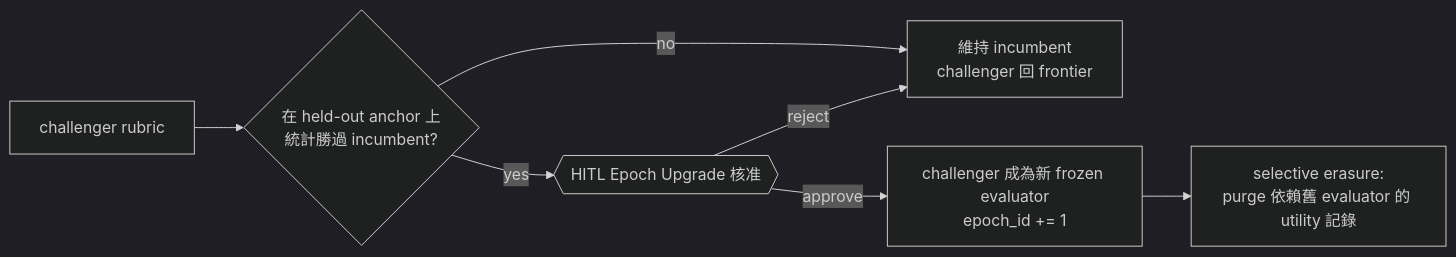
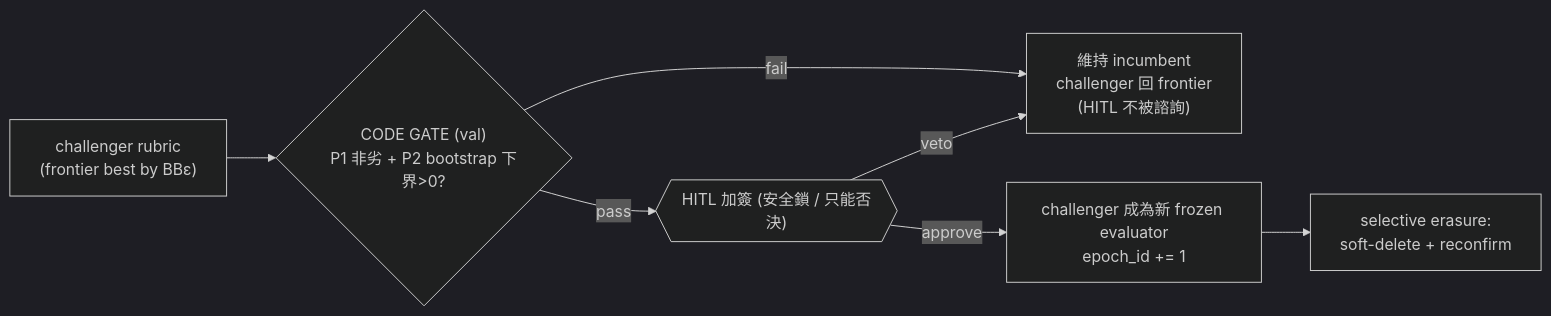
The third of 5 diagrams in docs/03-evaluator.md (iiyyll01lin/yy-rqgm), drawn with Mermaid (dark theme) before and after one commit. The commit also changed other lines of this file and 11 other files, not shown here.

````diff
--- a/docs/03-evaluator.md
+++ b/docs/03-evaluator.md
@@ -268,9 +309,9 @@
 ```mermaid
 flowchart LR
-    Ch["challenger rubric"] --> Test{"在 held-out anchor 上<br/>統計勝過 incumbent?"}
-    Test -->|"no"| Keep["維持 incumbent<br/>challenger 回 frontier"]
-    Test -->|"yes"| HITL{{"HITL Epoch Upgrade 核准"}}
-    HITL -->|"reject"| Keep
+    Ch["challenger rubric<br/>(frontier best by BBε)"] --> Gate{"CODE GATE (val)<br/>P1 非劣 + P2 bootstrap 下界>0?"}
+    Gate -->|"fail"| Keep["維持 incumbent<br/>challenger 回 frontier<br/>(HITL 不被諮詢)"]
+    Gate -->|"pass"| HITL{{"HITL 加簽 (安全鎖 / 只能否決)"}}
+    HITL -->|"veto"| Keep
     HITL -->|"approve"| Promote["challenger 成為新 frozen evaluator<br/>epoch_id += 1"]
-    Promote --> Erase["selective erasure:<br/>purge 依賴舊 evaluator 的 utility 記錄"]
+    Promote --> Erase["selective erasure:<br/>soft-delete + reconfirm"]
 ```
````
